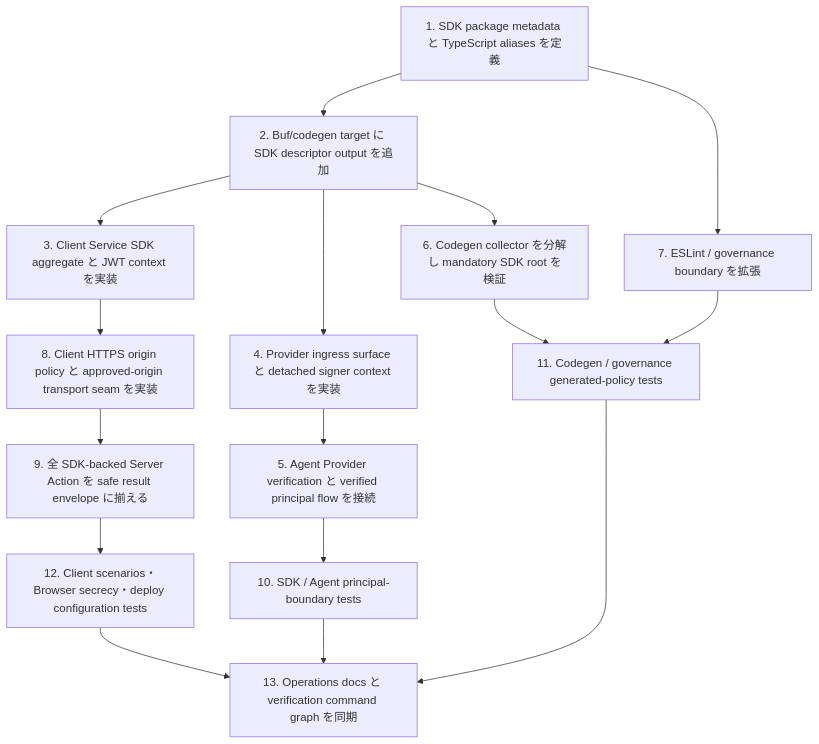
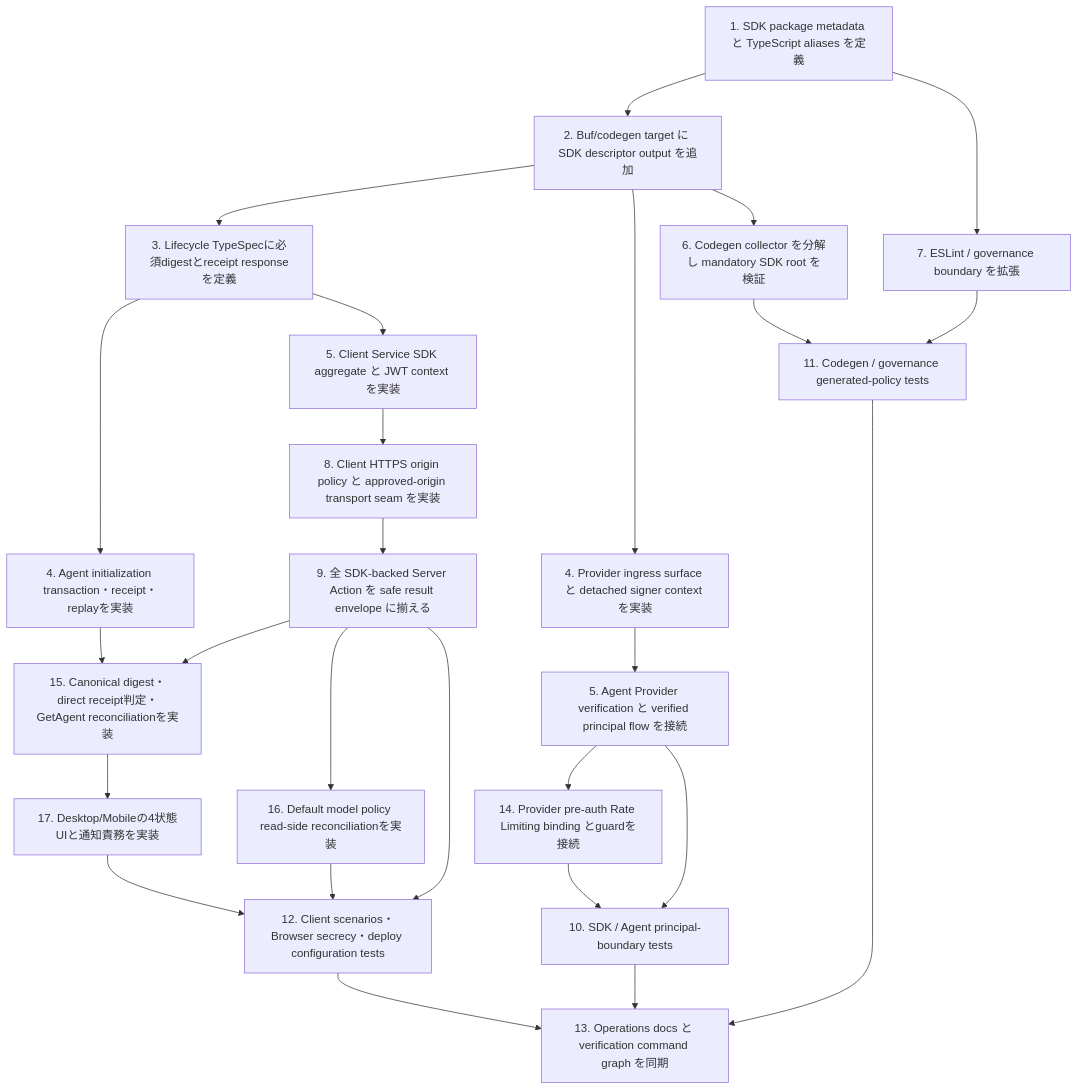
One commit to Suzlun/cf-tamac changed the eighth of 8 diagrams in openspec/changes/introduce-tamac-sdk/design.md. Above: the diagram before and after it, drawn with Mermaid. The commit also changed other lines of this file and 155 other files, not shown here.

````diff
--- a/openspec/changes/introduce-tamac-sdk/design.md
+++ b/openspec/changes/introduce-tamac-sdk/design.md
@@ -713,18 +1001,28 @@
 ```mermaid
 flowchart TD
   T1[1. SDK package metadata と TypeScript aliases を定義] --> T2[2. Buf/codegen target に SDK descriptor output を追加]
-  T2 --> T3[3. Client Service SDK aggregate と JWT context を実装]
+  T2 --> R0[3. Lifecycle TypeSpecに必須digestとreceipt responseを定義]
+  R0 --> R4[4. Agent initialization transaction・receipt・replayを実装]
+  R0 --> T3[5. Client Service SDK aggregate と JWT context を実装]
   T2 --> T4[4. Provider ingress surface と detached signer context を実装]
   T4 --> T5[5. Agent Provider verification と verified principal flow を接続]
+  T5 --> R1[14. Provider pre-auth Rate Limiting binding とguardを接続]
   T2 --> T6[6. Codegen collector を分解し mandatory SDK root を検証]
   T1 --> T7[7. ESLint / governance boundary を拡張]
   T3 --> T8[8. Client HTTPS origin policy と approved-origin transport seam を実装]
   T8 --> T9[9. 全 SDK-backed Server Action を safe result envelope に揃える]
+  R4 --> R2[15. Canonical digest・direct receipt判定・GetAgent reconciliationを実装]
+  T9 --> R2
+  T9 --> R3[16. Default model policy read-side reconciliationを実装]
   T5 --> T10[10. SDK / Agent principal-boundary tests]
+  R1 --> T10
   T6 --> T11[11. Codegen / governance generated-policy tests]
   T7 --> T11
   T9 --> T12[12. Client scenarios・Browser secrecy・deploy configuration tests]
+  R2 --> U1[17. Desktop/Mobileの4状態UIと通知責務を実装]
+  U1 --> T12
+  R3 --> T12
   T10 --> T13[13. Operations docs と verification command graph を同期]
   T11 --> T13
   T12 --> T13
 ```
````
